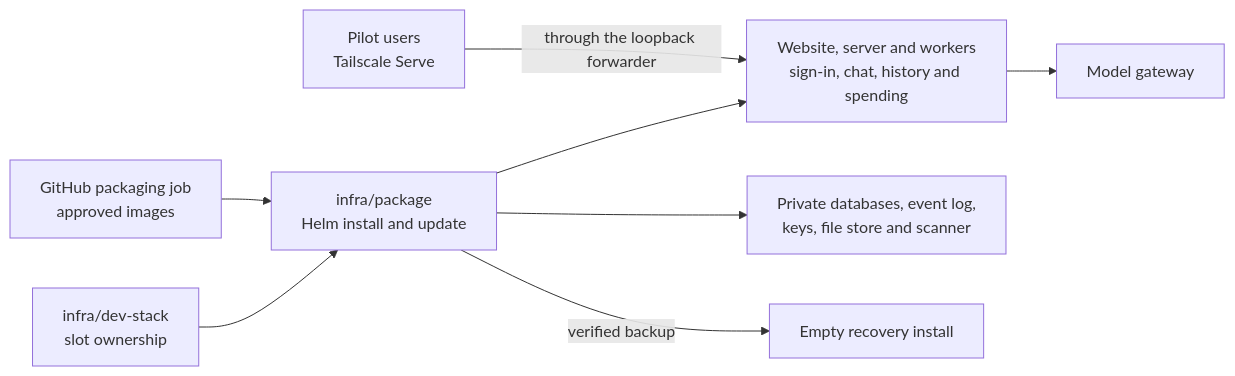
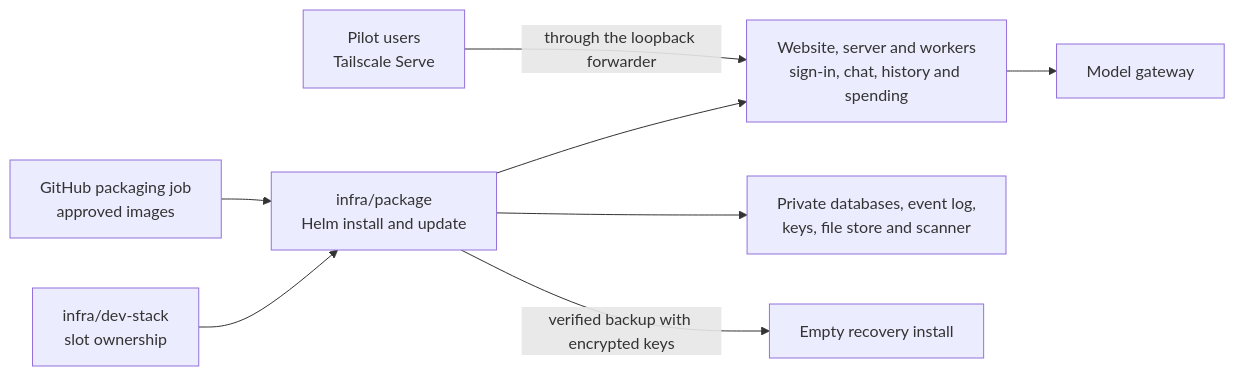
Before and after one commit to elewa-git/opencrane-new: the diagram in infra/package/README.md, drawn with Mermaid. The commit also changed other lines of this file and 42 other files, not shown here.

````diff
--- a/infra/package/README.md
+++ b/infra/package/README.md
@@ -19,10 +19,10 @@
 ```mermaid
 flowchart LR
   stack["infra/dev-stack<br/>slot ownership"] --> package["infra/package<br/>Helm install and update"]
   ci["GitHub packaging job<br/>approved images"] --> package
   package --> apps["Website, server and workers<br/>sign-in, chat, history and spending"]
   tailnet["Pilot users<br/>Tailscale Serve"] -->|through the loopback forwarder| apps
   package --> services["Private databases, event log,<br/>keys, file store and scanner"]
   apps --> models["Model gateway"]
-  package -->|verified backup| recovery["Empty recovery install"]
+  package -->|verified backup with encrypted keys| recovery["Empty recovery install"]
 ```
````
